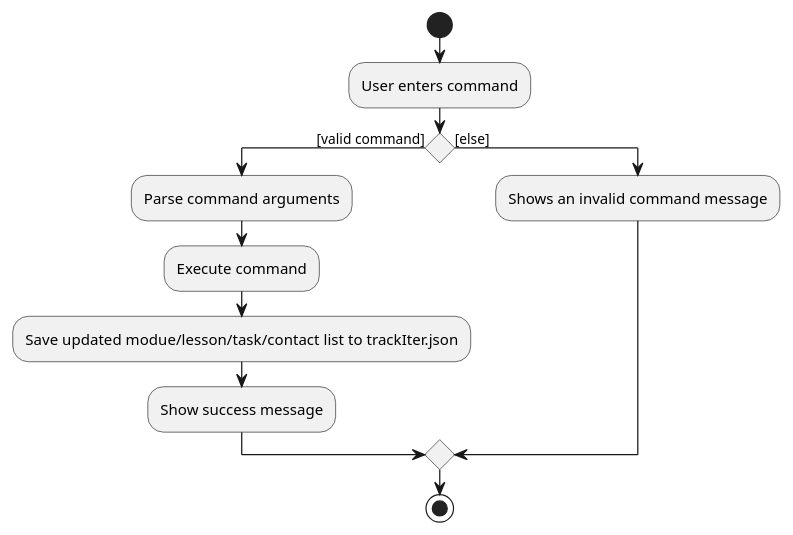
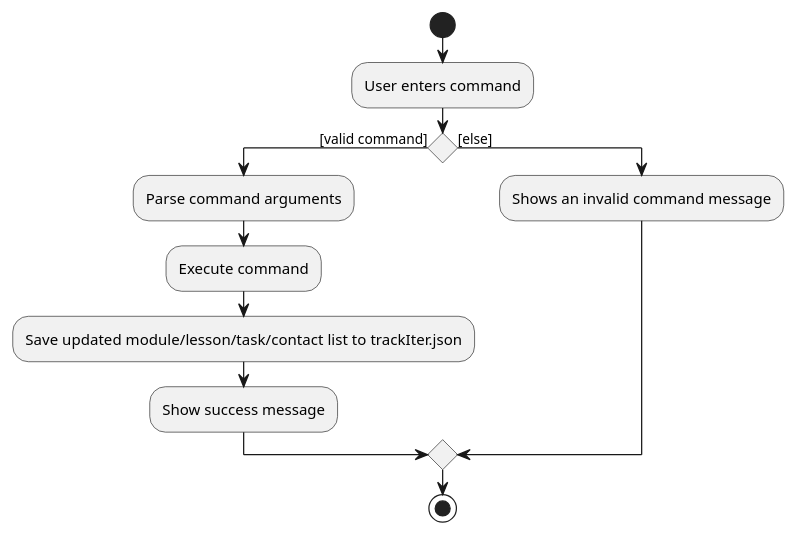
One commit to simonteozw/tp changed the diagram in docs/diagrams/CommandActivityDiagram.puml. Above: the diagram before and after it, drawn with PlantUML. The commit also changed 14 other files, not shown here.

Commit message:
Improve sequence diagrams and add activity diagrams

```diff
--- a/docs/diagrams/CommandActivityDiagram.puml
+++ b/docs/diagrams/CommandActivityDiagram.puml
@@ -1,17 +1,17 @@
 @startuml
 start
 :User enters command;
 
 'Since the beta syntax does not support placing the condition outside the
 'diamond we place it as the true branch instead.
 
 if () then ([valid command])
     :Parse command arguments;
     :Execute command;
-    :Save updated modue/lesson/task/contact list to trackIter.json;
+    :Save updated module/lesson/task/contact list to trackIter.json;
     :Show success message;
 else ([else])
     :Shows an invalid command message;
 endif
 stop
 @enduml
```
